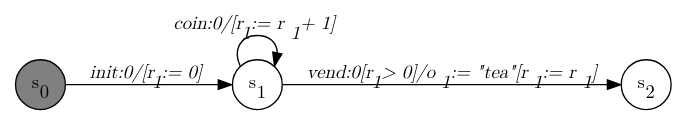
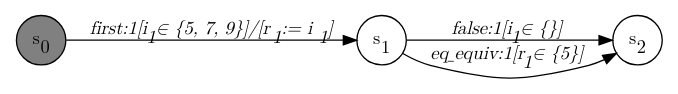
The diagram in dotfiles/Coin_Tea.dot (jmafoster1/efsm-sal), drawn with Graphviz before and after one commit. The commit also changed 43 other files, not shown here.

```diff
--- a/dotfiles/Coin_Tea.dot
+++ b/dotfiles/Coin_Tea.dot
@@ -1,13 +1,13 @@
 digraph Coin_Tea{
     graph [rankdir="LR", fontname="Latin Modern Math"];
     node [color="black", fillcolor="white", shape="circle", style="filled", fontname="Latin Modern Math"];
     edge [fontname="Latin Modern Math"];
 
     s0[fillcolor="gray", label=<s<sub>0</sub>>];
     s1[label=<s<sub>1</sub>>];
     s2[label=<s<sub>2</sub>>];
 
-    s0->s1[label=<<i>init:0/&#91;r<sub>1</sub> := 0&#93;</i>>];
-    s1->s1[label=<<i>coin:0/&#91;r<sub>1</sub> := r<sub>1</sub> + 1&#93;</i>>];
-    s1->s2[label=<<i>vend:0&#91;r<sub>1</sub> &gt; 0&#93;/o<sub>1</sub> := "tea"&#91;r<sub>1</sub> := r<sub>1</sub>&#93;</i>>];
+    s0->s1[label=<<i>first:1&#91;i<sub>1</sub> &isin; {5, 7, 9}&#93;/&#91;r<sub>1</sub> := i<sub>1</sub>&#93;</i>>];
+    s1->s2[label=<<i>false:1&#91;i<sub>1</sub> &isin; {}&#93;</i>>];
+    s1->s2[label=<<i>eq_equiv:1&#91;r<sub>1</sub> &isin; {5}&#93;</i>>];
 }
```
